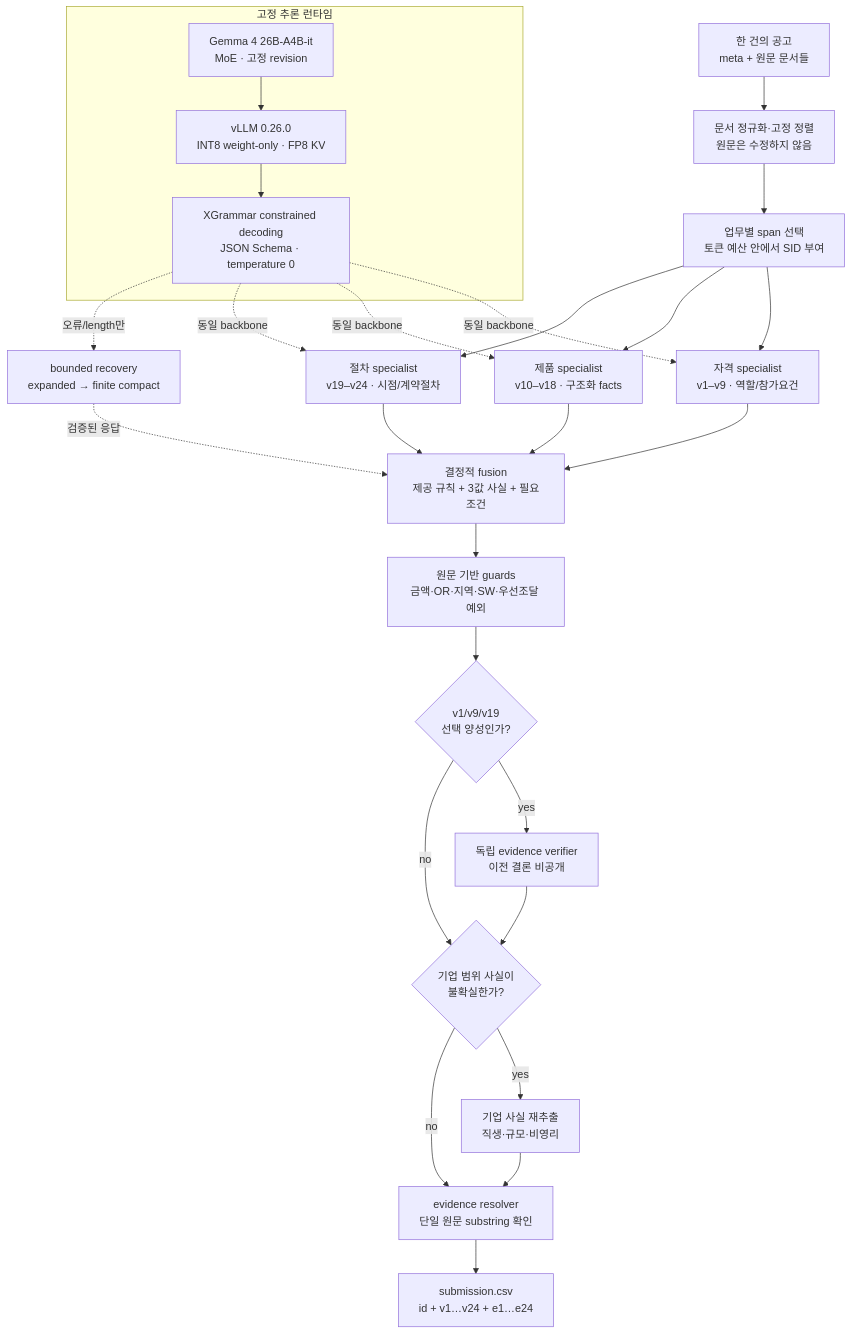
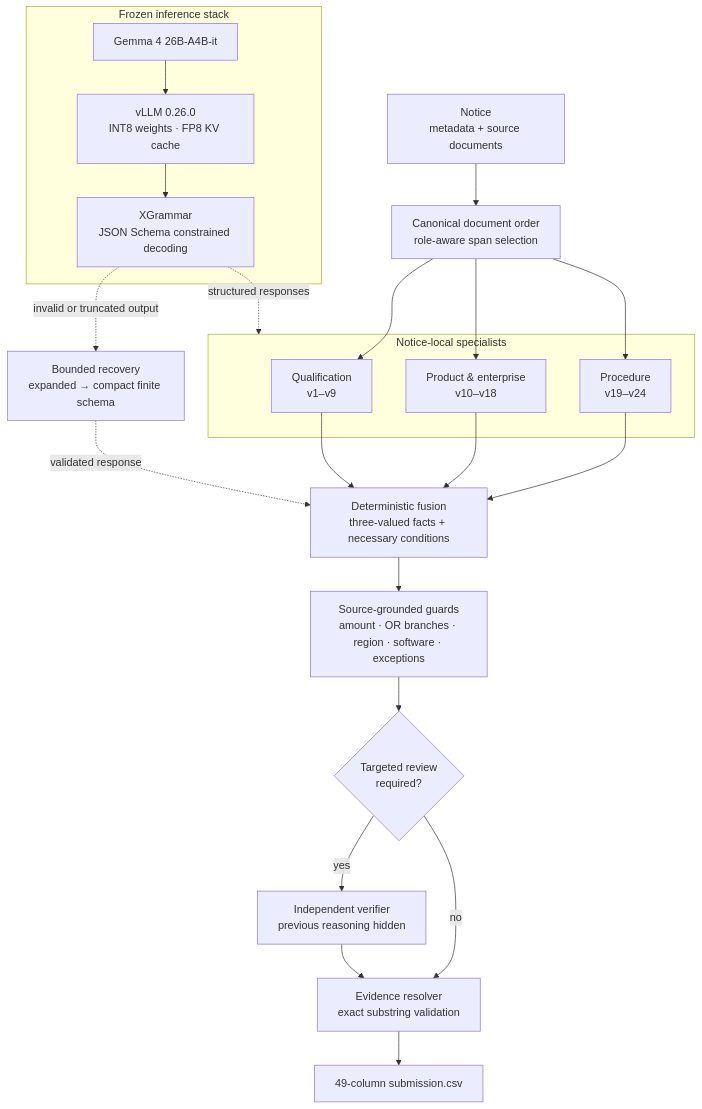
Before and after one commit to choi0312/public-procurement-compliance-ai: the diagram in README.md, drawn with Mermaid. The commit also changed other lines of this file and 3 other files, not shown here.

````diff
--- a/README.md
+++ b/README.md
@@ -34,33 +51,34 @@
 ```mermaid
 flowchart TB
-    I["한 건의 공고<br/>meta + 원문 문서들"] --> O["문서 정규화·고정 정렬<br/>원문은 수정하지 않음"]
-    O --> S["업무별 span 선택<br/>토큰 예산 안에서 SID 부여"]
+    A["Notice<br/>metadata + source documents"] --> B["Canonical document order<br/>role-aware span selection"]
 
-    subgraph RUNTIME["고정 추론 런타임"]
-      M["Gemma 4 26B-A4B-it<br/>MoE · 고정 revision"] --> V["vLLM 0.26.0<br/>INT8 weight-only · FP8 KV"]
-      V --> X["XGrammar constrained decoding<br/>JSON Schema · temperature 0"]
+    subgraph S["Notice-local specialists"]
+      Q["Qualification<br/>v1–v9"]
+      P["Product & enterprise<br/>v10–v18"]
+      R["Procedure<br/>v19–v24"]
     end
 
-    X -. "동일 backbone" .-> Q
-    X -. "동일 backbone" .-> P
-    X -. "동일 backbone" .-> C
-    S --> Q["자격 specialist<br/>v1–v9 · 역할/참가요건"]
-    S --> P["제품 specialist<br/>v10–v18 · 구조화 facts"]
-    S --> C["절차 specialist<br/>v19–v24 · 시점/계약절차"]
+    B --> Q
+    B --> P
+    B --> R
 
-    Q --> F["결정적 fusion<br/>제공 규칙 + 3값 사실 + 필요조건"]
+    Q --> F["Deterministic fusion<br/>three-valued facts + necessary conditions"]
     P --> F
-    C --> F
-    F --> G["원문 기반 guards<br/>금액·OR·지역·SW·우선조달 예외"]
-    G --> VG{"v1/v9/v19<br/>선택 양성인가?"}
-    VG -->|yes| VR["독립 evidence verifier<br/>이전 결론 비공개"]
-    VG -->|no| EM
-    VR --> EM{"기업 범위 사실이<br/>불확실한가?"}
-    EM -->|yes| ER["기업 사실 재추출<br/>직생·규모·비영리"]
-    EM -->|no| E
-    ER --> E["evidence resolver<br/>단일 원문 substring 확인"]
-    E --> CSV["submission.csv<br/>id + v1…v24 + e1…e24"]
+    R --> F
 
-    X -. "오류/length만" .-> B["bounded recovery<br/>expanded → finite compact"]
-    B -. "검증된 응답" .-> F
+    F --> G["Source-grounded guards<br/>amount · OR branches · region · software · exceptions"]
+    G --> V{"Targeted review<br/>required?"}
+    V -->|yes| W["Independent verifier<br/>previous reasoning hidden"]
+    V -->|no| E
+    W --> E["Evidence resolver<br/>exact substring validation"]
+    E --> O["49-column submission.csv"]
+
+    subgraph I["Frozen inference stack"]
+      M["Gemma 4 26B-A4B-it"] --> L["vLLM 0.26.0<br/>INT8 weights · FP8 KV cache"]
+      L --> X["XGrammar<br/>JSON Schema constrained decoding"]
+    end
+
+    X -. structured responses .-> S
+    X -. invalid or truncated output .-> C["Bounded recovery<br/>expanded → compact finite schema"]
+    C -. validated response .-> F
 ```
````
